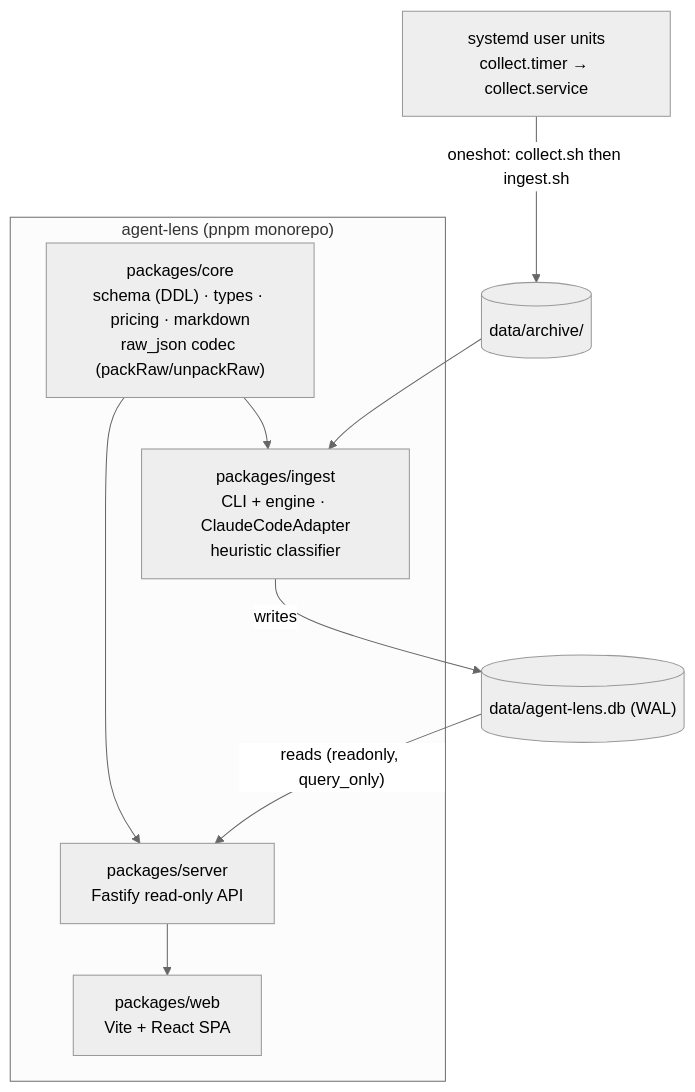
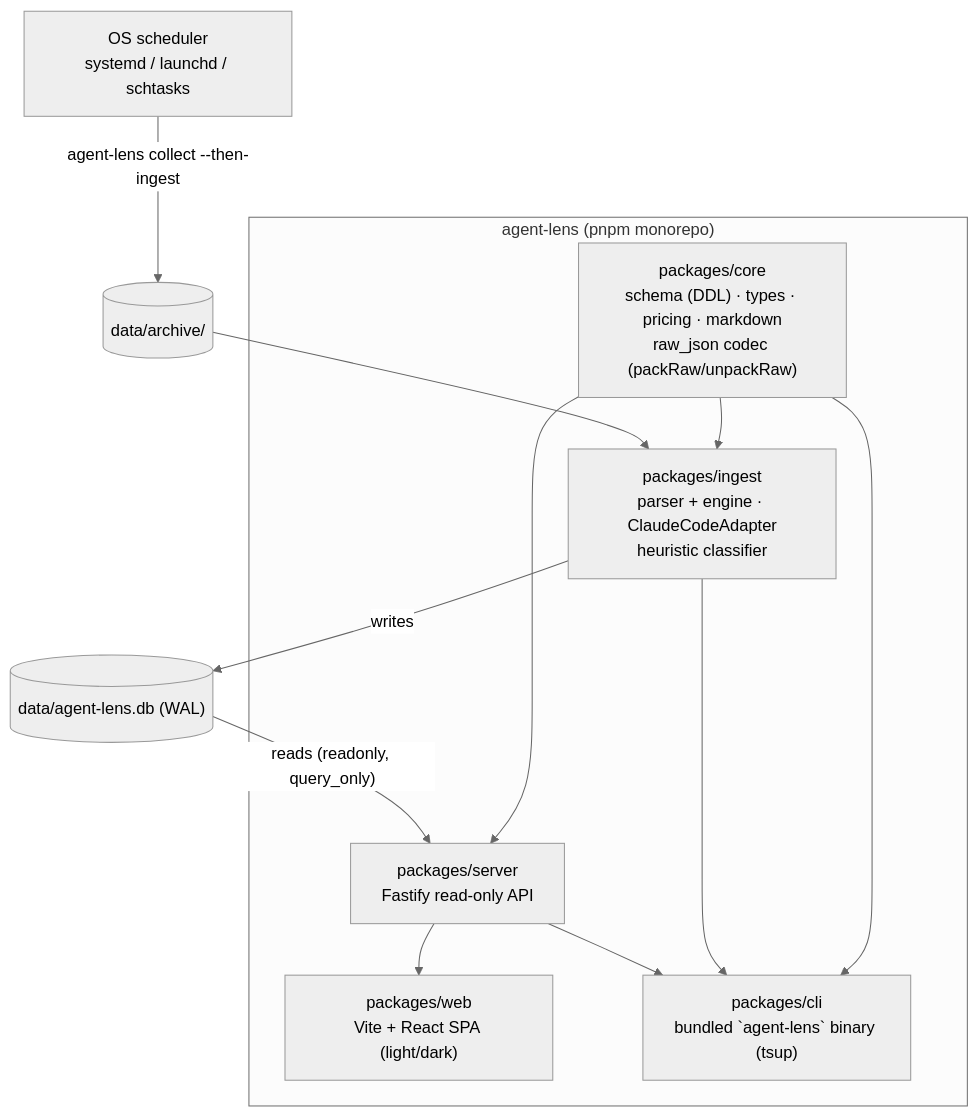
One commit to SWEStash/agent-lens changed the second of 4 diagrams in docs/ARCHITECTURE.md. Above: the diagram before and after it, drawn with Mermaid (neutral theme). The commit also changed other lines of this file and 8 other files, not shown here.

First line of the commit message:
docs: update for the agent-lens CLI, cross-platform deploy, and theming

````diff
--- a/docs/ARCHITECTURE.md
+++ b/docs/ARCHITECTURE.md
@@ -29,20 +29,24 @@
 ```mermaid
 flowchart TB
   subgraph repo["agent-lens (pnpm monorepo)"]
     CORE["packages/core<br/>schema (DDL) · types · pricing · markdown<br/>raw_json codec (packRaw/unpackRaw)"]
-    INGEST["packages/ingest<br/>CLI + engine · ClaudeCodeAdapter<br/>heuristic classifier"]
+    INGEST["packages/ingest<br/>parser + engine · ClaudeCodeAdapter<br/>heuristic classifier"]
     SERVER["packages/server<br/>Fastify read-only API"]
-    WEB["packages/web<br/>Vite + React SPA"]
+    WEB["packages/web<br/>Vite + React SPA (light/dark)"]
+    CLI["packages/cli<br/>bundled `agent-lens` binary (tsup)"]
   end
   ARCHIVE[("data/archive/")]
   DB[("data/agent-lens.db (WAL)")]
-  SYS["systemd user units<br/>collect.timer → collect.service"]
+  SCHED["OS scheduler<br/>systemd / launchd / schtasks"]
 
   CORE --> INGEST
   CORE --> SERVER
-  SYS -->|"oneshot: collect.sh then ingest.sh"| ARCHIVE
+  CORE --> CLI
+  INGEST --> CLI
+  SERVER --> CLI
+  SCHED -->|"agent-lens collect --then-ingest"| ARCHIVE
   ARCHIVE --> INGEST
   INGEST -->|"writes"| DB
   DB -->|"reads (readonly, query_only)"| SERVER
   SERVER --> WEB
 ```
````
